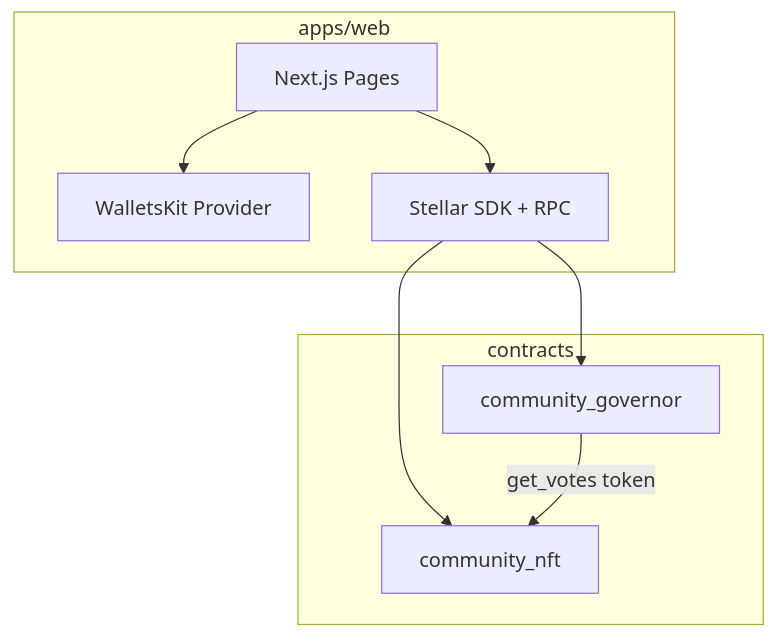
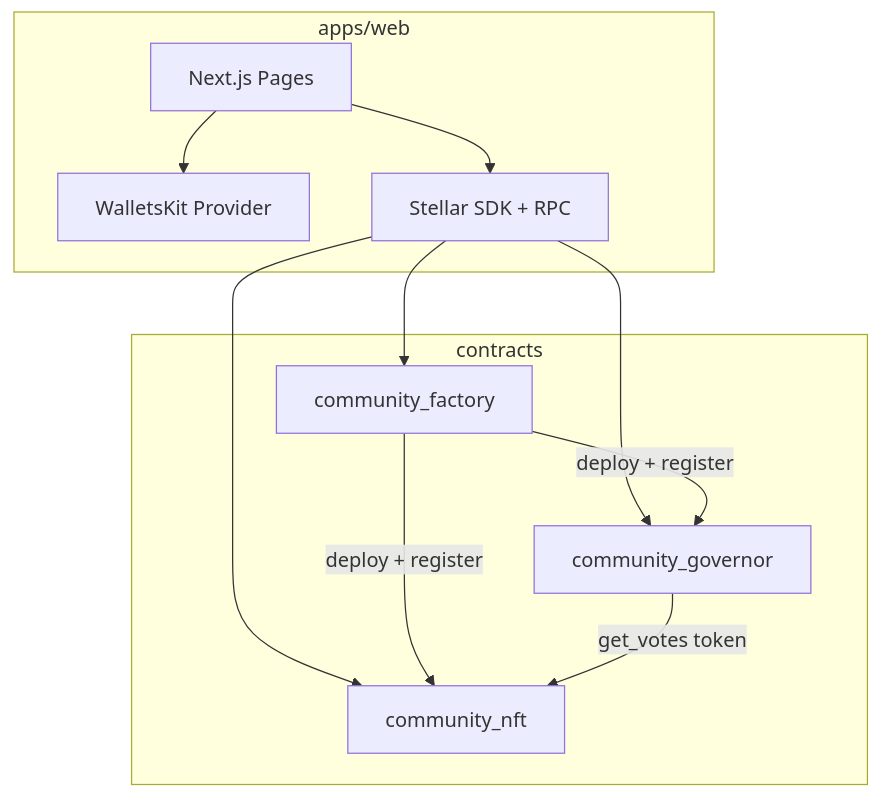
The diagram in docs/architecture.md (CemAyyildiz/stolla), drawn with Mermaid before and after one commit. The commit also changed other lines of this file and 9 other files, not shown here.

First line of the commit message:
feat(contracts): add CommunityFactory registry

````diff
--- a/docs/architecture.md
+++ b/docs/architecture.md
@@ -20,19 +20,23 @@
 ```mermaid
 flowchart TB
     subgraph web [apps/web]
         Pages[Next.js Pages]
         Wallet[WalletsKit Provider]
         SDK[Stellar SDK + RPC]
     end
 
     subgraph chain [contracts]
+        Factory[community_factory]
         NFT[community_nft]
         Gov[community_governor]
     end
 
     Pages --> Wallet
     Pages --> SDK
+    SDK --> Factory
     SDK --> NFT
     SDK --> Gov
+    Factory -->|"deploy + register"| NFT
+    Factory -->|"deploy + register"| Gov
     Gov -->|"get_votes token"| NFT
 ```
````
